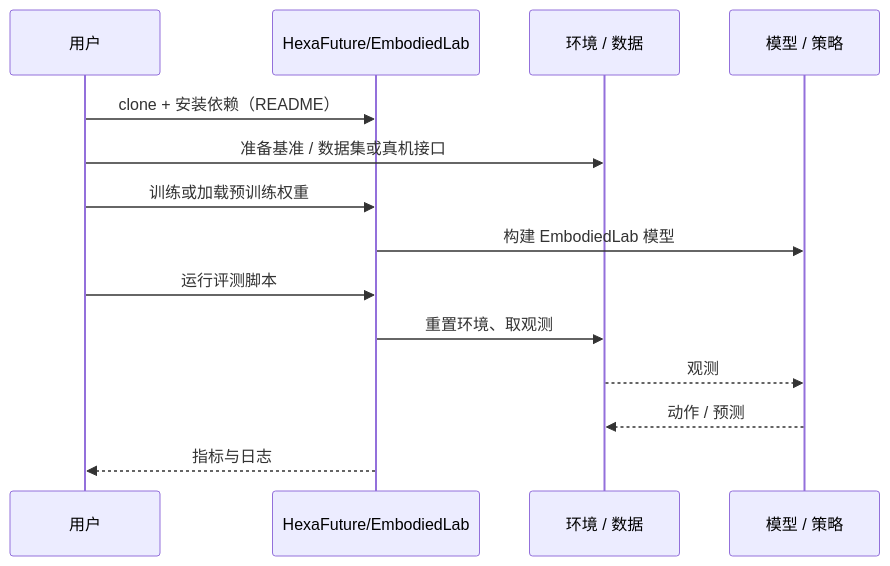
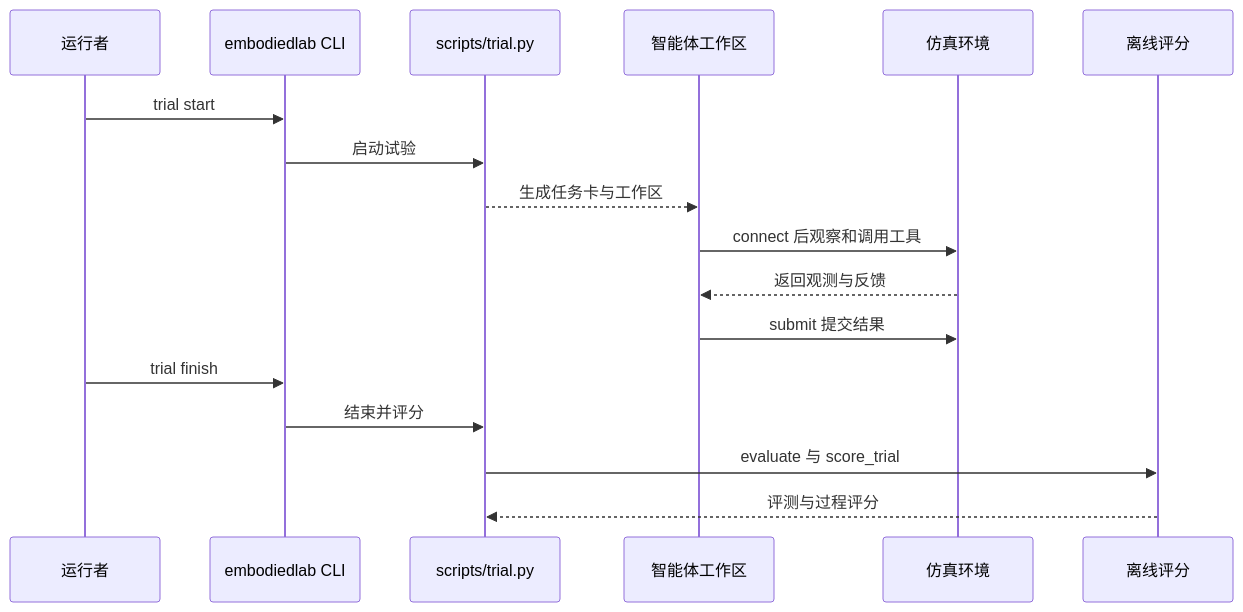
The second of 2 diagrams in wiki/entities/paper-embodiedlab.md (ImChong/Robotics_Notebooks), drawn with Mermaid before and after one commit. The commit also changed other lines of this file, not shown here.

Commit message:
[2026-11-02] ingest | wiki/entities/paper-embodiedlab.md — 补充基准机制及评测

````diff
--- a/wiki/entities/paper-embodiedlab.md
+++ b/wiki/entities/paper-embodiedlab.md
@@ -58,16 +77,20 @@
 ```mermaid
 sequenceDiagram
-  participant U as 用户
-  participant R as HexaFuture/EmbodiedLab
-  participant E as 环境 / 数据
-  participant M as 模型 / 策略
-  U->>R: clone + 安装依赖（README）
-  U->>E: 准备基准 / 数据集或真机接口
-  U->>R: 训练或加载预训练权重
-  R->>M: 构建 EmbodiedLab 模型
-  U->>R: 运行评测脚本
-  R->>E: 重置环境、取观测
-  E-->>M: 观测
-  M-->>E: 动作 / 预测
-  R-->>U: 指标与日志
+  participant U as 运行者
+  participant CLI as embodiedlab CLI
+  participant Trial as scripts/trial.py
+  participant Agent as 智能体工作区
+  participant Env as 仿真环境
+  participant Score as 离线评分
+
+  U->>CLI: trial start
+  CLI->>Trial: 启动试验
+  Trial-->>Agent: 生成任务卡与工作区
+  Agent->>Env: connect 后观察和调用工具
+  Env-->>Agent: 返回观测与反馈
+  Agent->>Env: submit 提交结果
+  U->>CLI: trial finish
+  CLI->>Trial: 结束并评分
+  Trial->>Score: evaluate 与 score_trial
+  Score-->>Trial: 评测与过程评分
 ```
````
